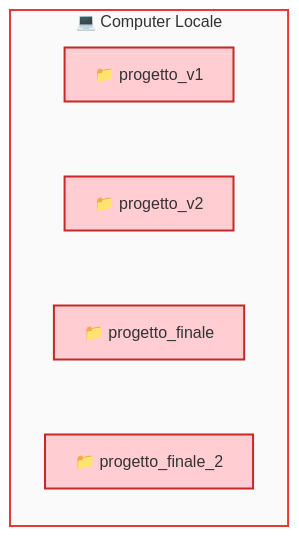
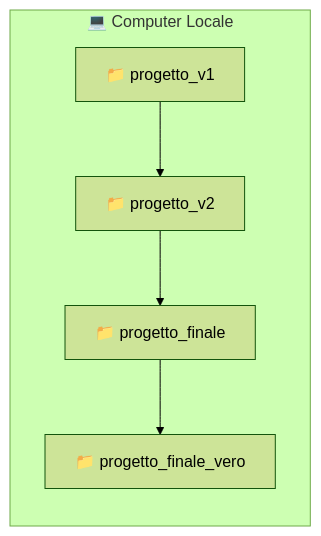
The first of 7 diagrams in 01-teoria/01-vcs-git-basics.md (DaveFV91/GitCourse), drawn with Mermaid (forest theme) before and after one commit. The commit also changed other lines of this file and 1 other file, not shown here.

````diff
--- a/01-teoria/01-vcs-git-basics.md
+++ b/01-teoria/01-vcs-git-basics.md
@@ -46,20 +14,14 @@
-```mermaid
+:::mermaid
 flowchart TD
     subgraph LOCAL["💻 Computer Locale"]
         direction TB
         A["📁 progetto_v1"] 
         B["📁 progetto_v2"]
         C["📁 progetto_finale"]
-        D["📁 progetto_finale_2"]
+        D["📁 progetto_finale_vero"]
     end
     
-    A ~~~ B
-    B ~~~ C
-    C ~~~ D
-    
-    style LOCAL fill:#FAFAFA,stroke:#E53935,stroke-width:2px
-    style A fill:#FFCDD2,stroke:#C62828,stroke-width:2px,color:#333
-    style B fill:#FFCDD2,stroke:#C62828,stroke-width:2px,color:#333
-    style C fill:#FFCDD2,stroke:#C62828,stroke-width:2px,color:#333
-    style D fill:#FFCDD2,stroke:#C62828,stroke-width:2px,color:#333
-```
+    A --> B
+    B --> C
+    C --> D
+:::
````
